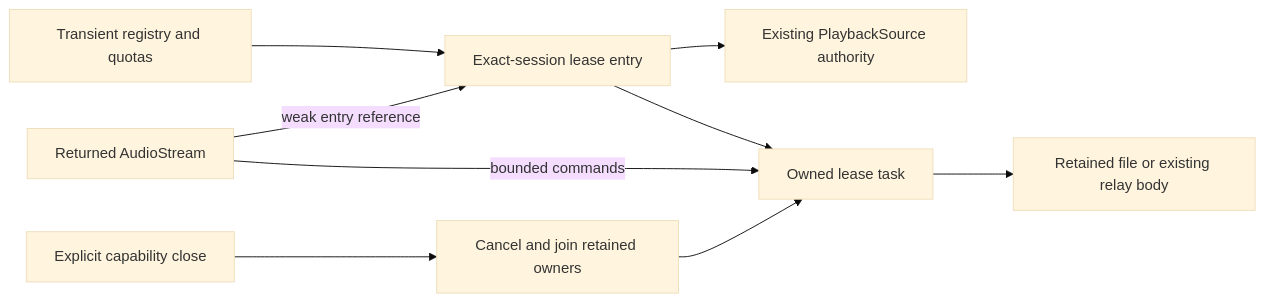
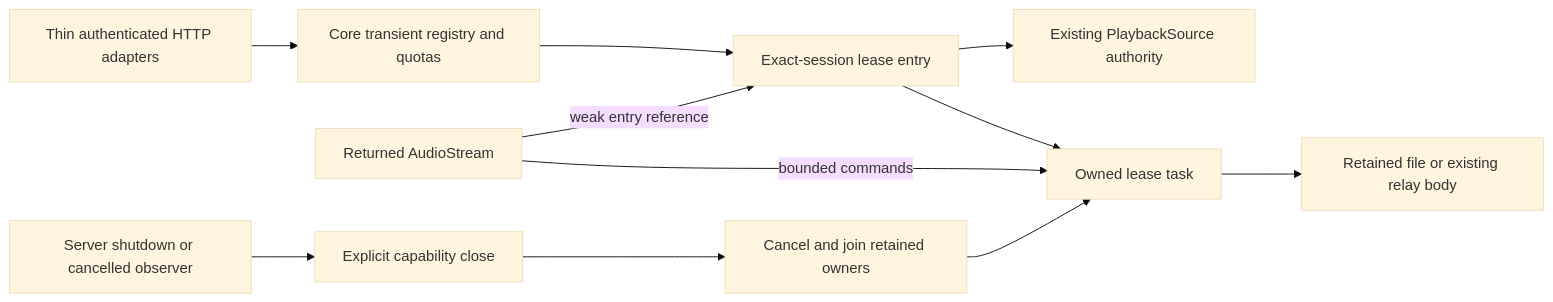
One commit to acidiney/hitoapp changed the diagram in docs/playback-leases.md. Above: the diagram before and after it, drawn with Mermaid (base theme). The commit also changed other lines of this file and 4 other files, not shown here.

````diff
--- a/docs/playback-leases.md
+++ b/docs/playback-leases.md
@@ -11,11 +11,13 @@
 ```mermaid
 flowchart LR
-    Registry[Transient registry and quotas] --> Entry[Exact-session lease entry]
+    HTTP[Thin authenticated HTTP adapters] --> Registry[Core transient registry and quotas]
+    Registry --> Entry[Exact-session lease entry]
     Entry --> Grant[Existing PlaybackSource authority]
     Entry --> Owner[Owned lease task]
     Owner --> Audio[Retained file or existing relay body]
     Body[Returned AudioStream] -- weak entry reference --> Entry
     Body -- bounded commands --> Owner
-    Close[Explicit capability close] --> Cancel[Cancel and join retained owners]
+    Runtime[Server shutdown or cancelled observer] --> Close[Explicit capability close]
+    Close --> Cancel[Cancel and join retained owners]
     Cancel --> Owner
 ```
````
